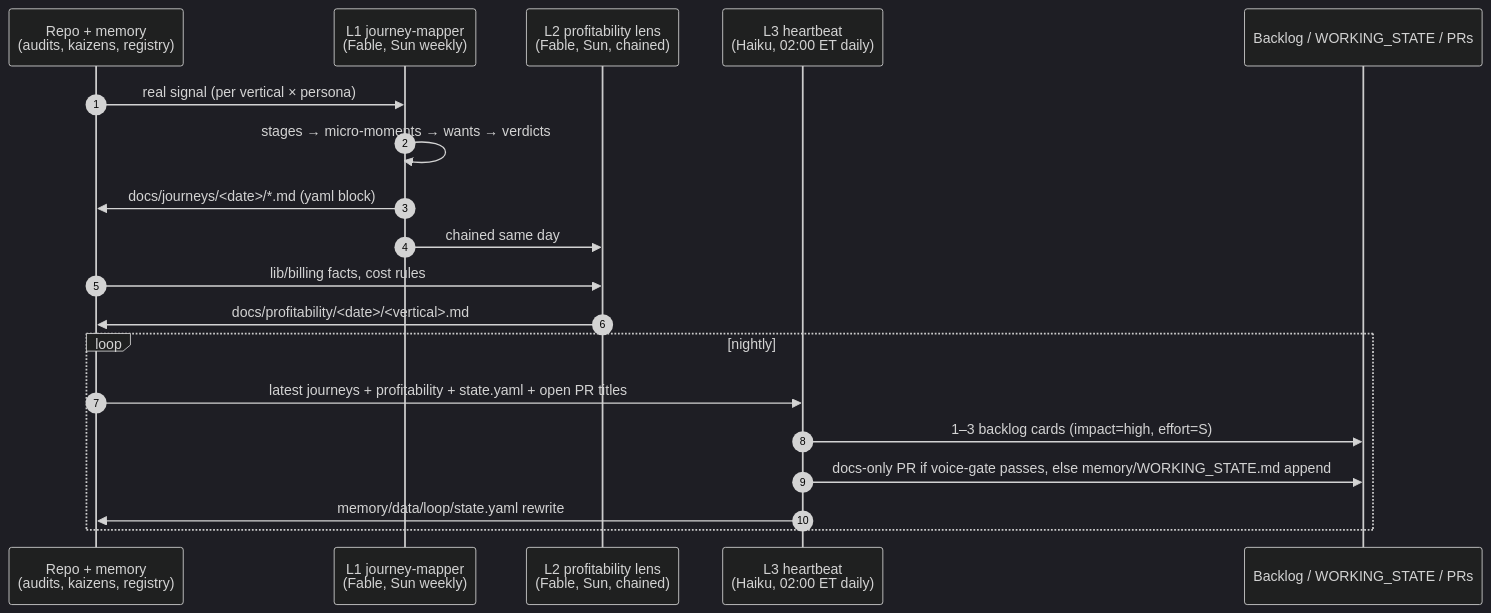
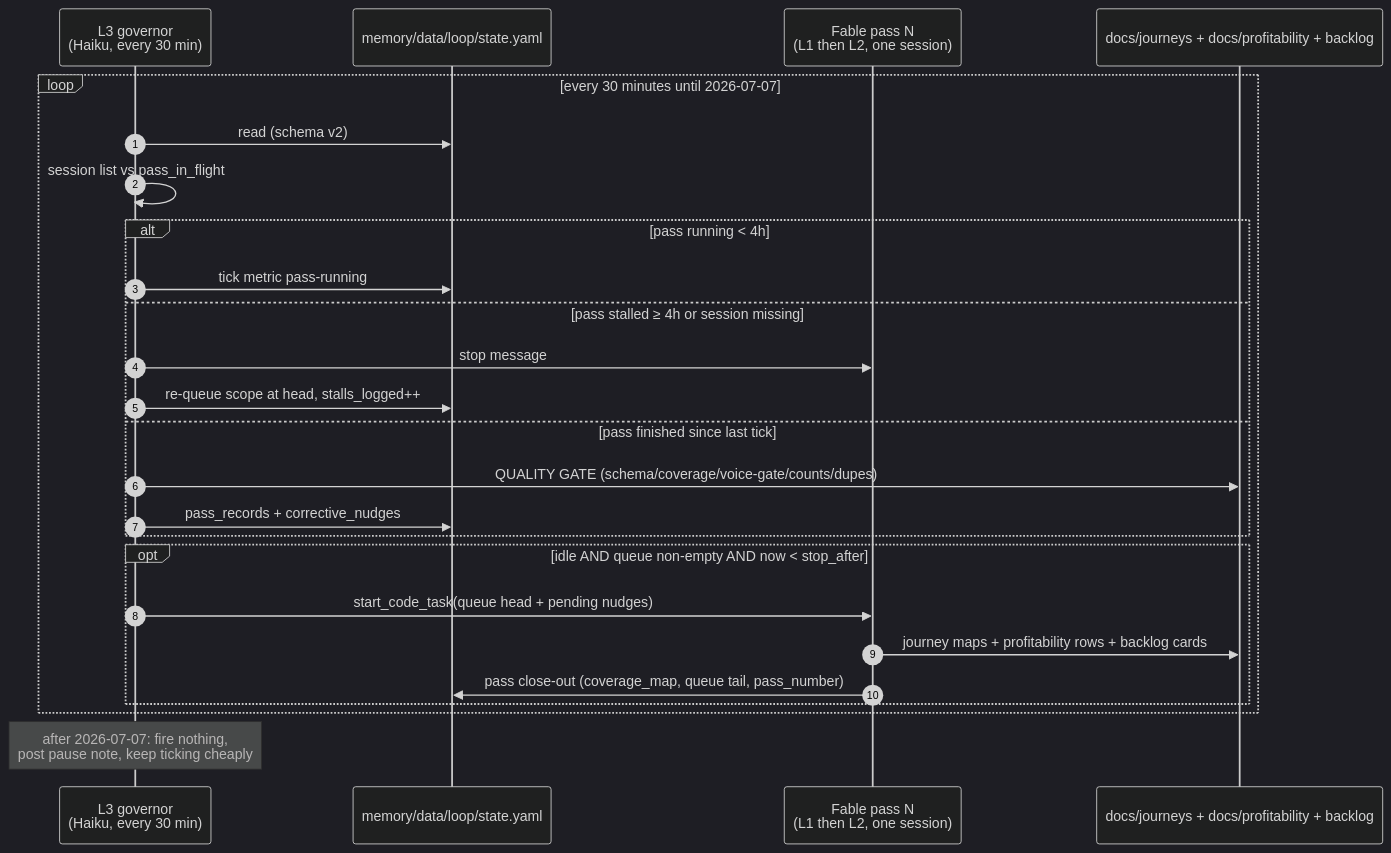
The first of 2 diagrams in docs/loop/00-DESIGN.md (cchambers6/agentplain), drawn with Mermaid (dark theme) before and after one commit. The commit also changed other lines of this file and 6 other files, not shown here.

First line of the commit message:
feat(loop): v2 — continuous Fable passes until Jul 7, 30-min Haiku governor

````diff
--- a/docs/loop/00-DESIGN.md
+++ b/docs/loop/00-DESIGN.md
@@ -21,22 +28,28 @@
 ```mermaid
 sequenceDiagram
     autonumber
-    participant Repo as Repo + memory<br/>(audits, kaizens, registry)
-    participant L1 as L1 journey-mapper<br/>(Fable, Sun weekly)
-    participant L2 as L2 profitability lens<br/>(Fable, Sun, chained)
-    participant L3 as L3 heartbeat<br/>(Haiku, 02:00 ET daily)
-    participant Out as Backlog / WORKING_STATE / PRs
+    participant Gov as L3 governor<br/>(Haiku, every 30 min)
+    participant State as memory/data/loop/state.yaml
+    participant Pass as Fable pass N<br/>(L1 then L2, one session)
+    participant Repo as docs/journeys + docs/profitability + backlog
 
-    Repo->>L1: real signal (per vertical × persona)
-    L1->>L1: stages → micro-moments → wants → verdicts
-    L1->>Repo: docs/journeys/<date>/*.md (yaml block)
-    L1->>L2: chained same day
-    Repo->>L2: lib/billing facts, cost rules
-    L2->>Repo: docs/profitability/<date>/<vertical>.md
-    loop nightly
-        Repo->>L3: latest journeys + profitability + state.yaml + open PR titles
-        L3->>Out: 1–3 backlog cards (impact=high, effort=S)
-        L3->>Out: docs-only PR if voice-gate passes, else memory/WORKING_STATE.md append
-        L3->>Repo: memory/data/loop/state.yaml rewrite
+    loop every 30 minutes until 2026-07-07
+        Gov->>State: read (schema v2)
+        Gov->>Gov: session list vs pass_in_flight
+        alt pass running < 4h
+            Gov->>State: tick metric pass-running
+        else pass stalled ≥ 4h or session missing
+            Gov->>Pass: stop message
+            Gov->>State: re-queue scope at head, stalls_logged++
+        else pass finished since last tick
+            Gov->>Repo: QUALITY GATE (schema/coverage/voice-gate/counts/dupes)
+            Gov->>State: pass_records + corrective_nudges
+        end
+        opt idle AND queue non-empty AND now < stop_after
+            Gov->>Pass: start_code_task(queue head + pending nudges)
+            Pass->>Repo: journey maps + profitability rows + backlog cards
+            Pass->>State: pass close-out (coverage_map, queue tail, pass_number)
+        end
     end
+    Note over Gov: after 2026-07-07: fire nothing,<br/>post pause note, keep ticking cheaply
 ```
````
